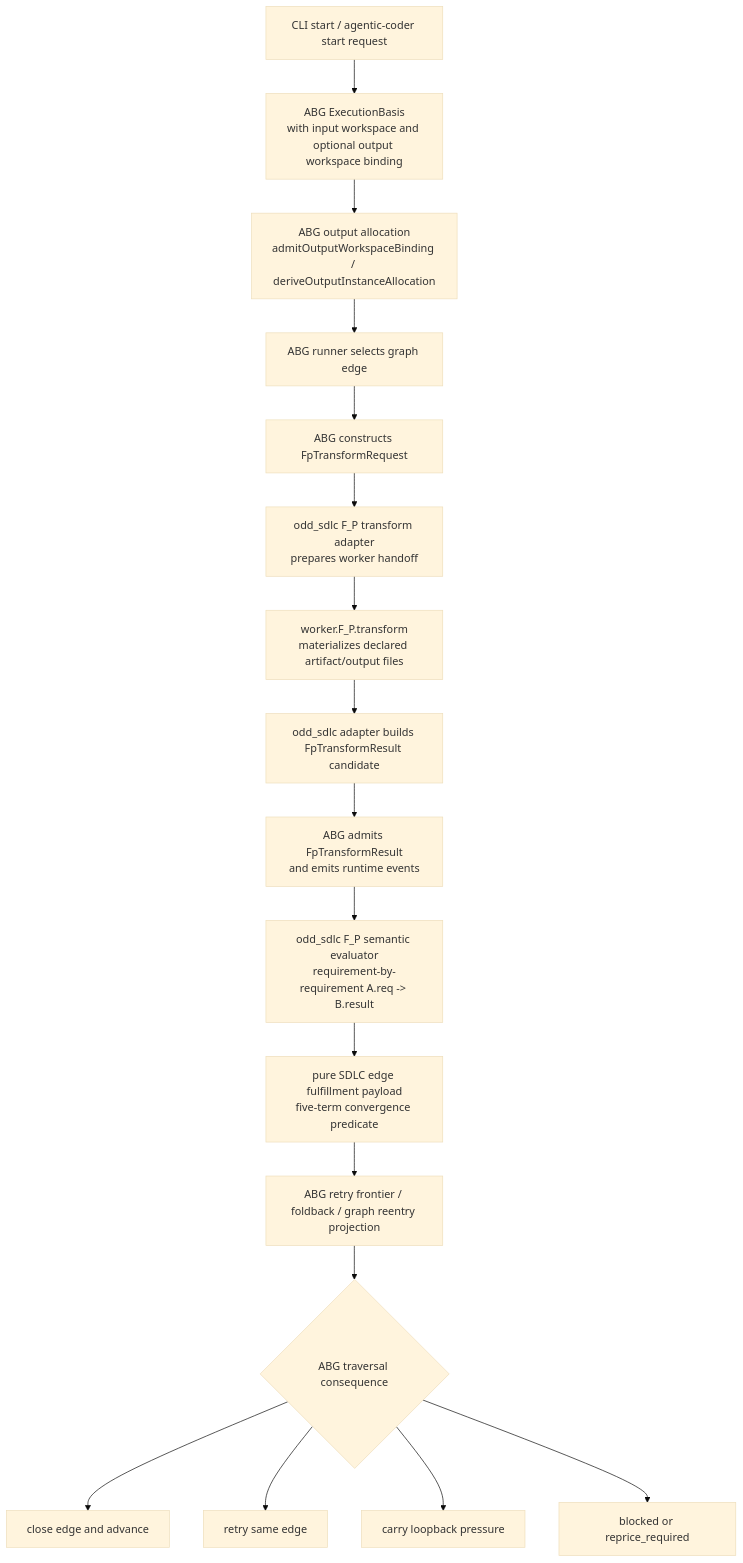
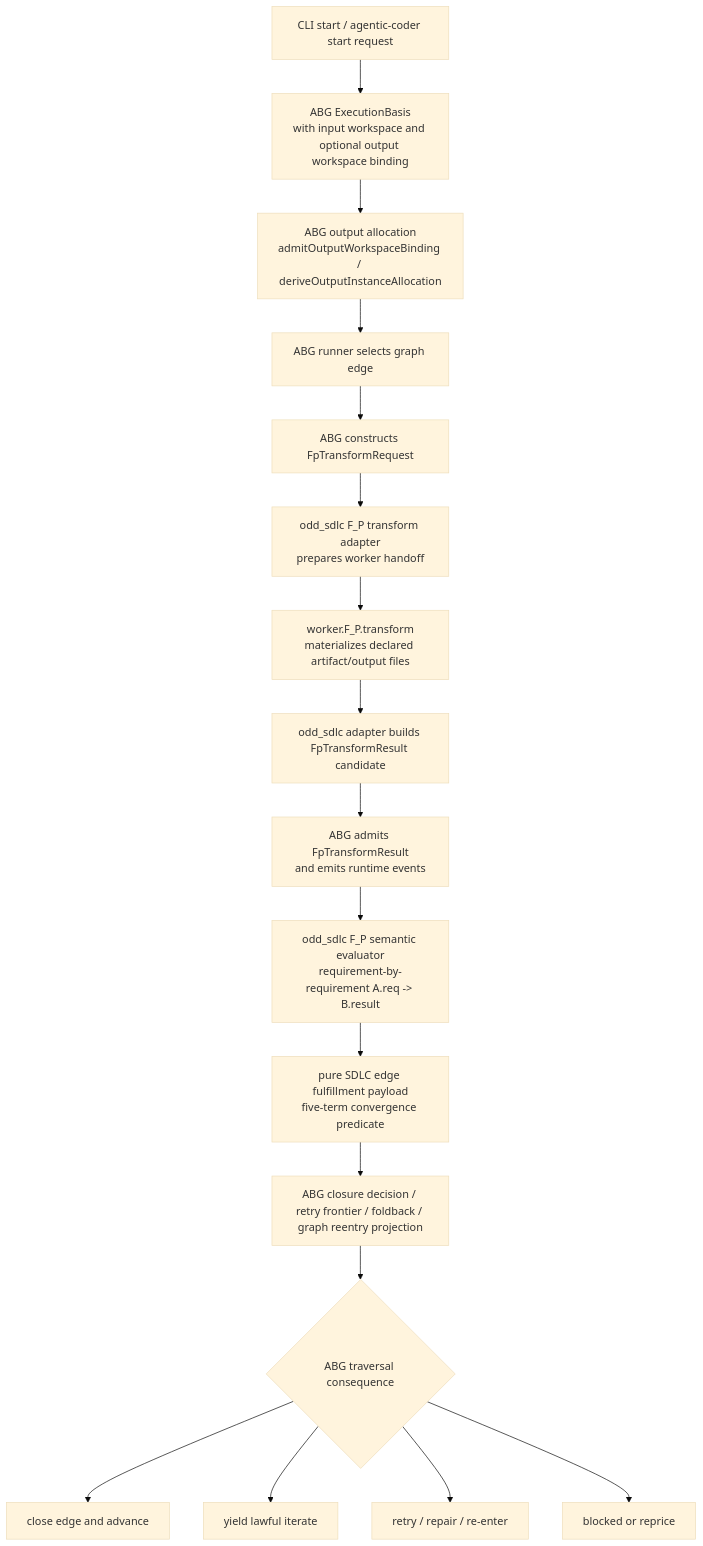
Before and after one commit to foolishimp/odd_sdlc: the second of 3 diagrams in .ai-workspace/tickets/active/T-109-publish-authoritative-edge-ledger-lineage-chain-for-typescript-traversal-parity.md, drawn with Mermaid (base theme). The commit also changed other lines of this file and 27 other files, not shown here.

````diff
--- a/.ai-workspace/tickets/active/T-109-publish-authoritative-edge-ledger-lineage-chain-for-typescript-traversal-parity.md
+++ b/.ai-workspace/tickets/active/T-109-publish-authoritative-edge-ledger-lineage-chain-for-typescript-traversal-parity.md
@@ -1158,26 +1249,26 @@
 ```mermaid
 flowchart TD
   A["CLI start / agentic-coder start request"]
   B["ABG ExecutionBasis<br/>with input workspace and optional output workspace binding"]
   C["ABG output allocation<br/>admitOutputWorkspaceBinding / deriveOutputInstanceAllocation"]
   D["ABG runner selects graph edge"]
   E["ABG constructs FpTransformRequest"]
   F["odd_sdlc F_P transform adapter<br/>prepares worker handoff"]
   G["worker.F_P.transform<br/>materializes declared artifact/output files"]
   H["odd_sdlc adapter builds FpTransformResult candidate"]
   I["ABG admits FpTransformResult<br/>and emits runtime events"]
   J["odd_sdlc F_P semantic evaluator<br/>requirement-by-requirement A.req -> B.result"]
   K["pure SDLC edge fulfillment payload<br/>five-term convergence predicate"]
-  L["ABG retry frontier / foldback / graph reentry projection"]
+  L["ABG closure decision / retry frontier / foldback / graph reentry projection"]
   M{"ABG traversal consequence"}
   N["close edge and advance"]
-  O["retry same edge"]
-  P["carry loopback pressure"]
-  Q["blocked or reprice_required"]
+  O["yield lawful iterate"]
+  P["retry / repair / re-enter"]
+  Q["blocked or reprice"]
 
   A --> B --> C --> D --> E --> F --> G --> H --> I --> J --> K --> L --> M
   M --> N
   M --> O
   M --> P
   M --> Q
 ```
````
